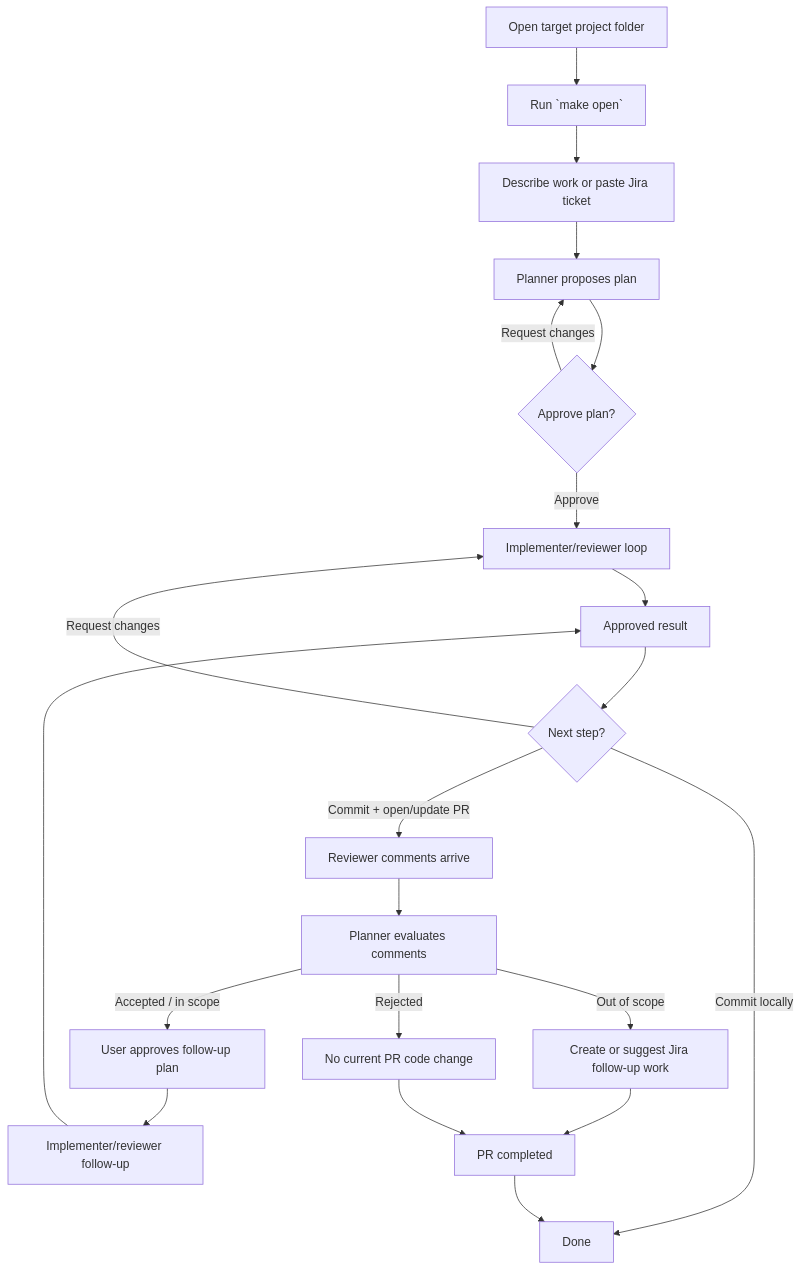
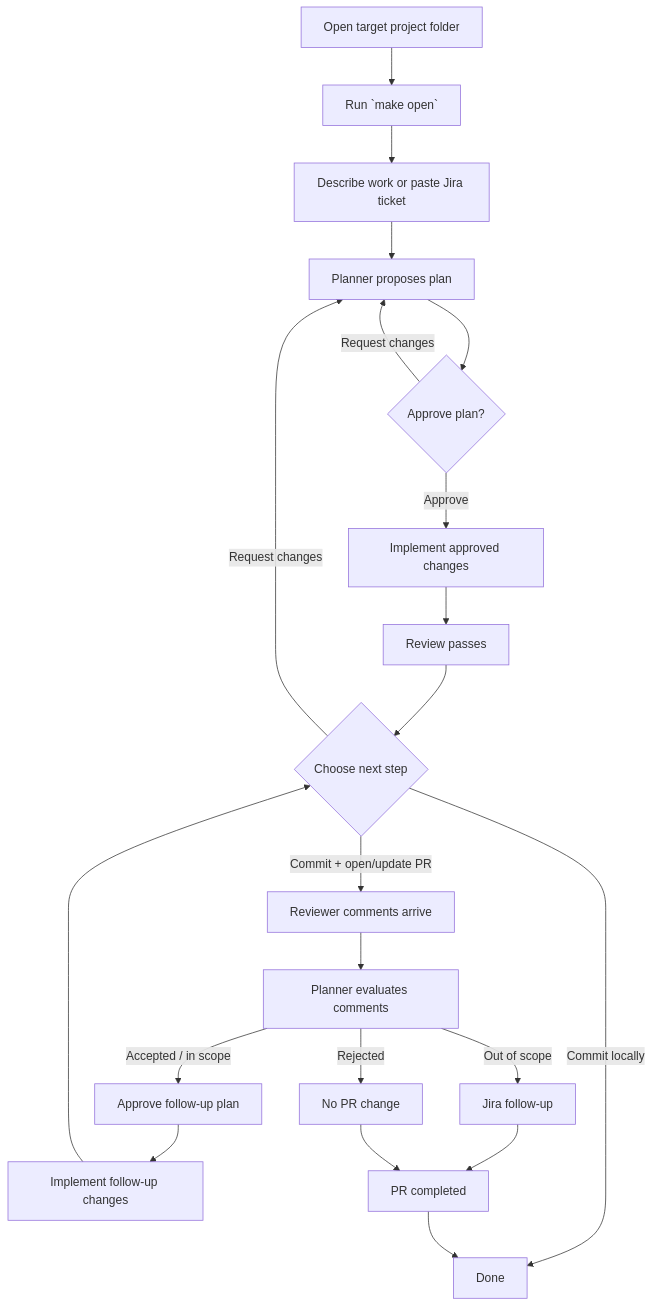
The diagram in README.md (stoscupc/opencode-agent), drawn with Mermaid before and after one commit.

Commit message:
Simplify README workflow diagram labels

````diff
--- a/README.md
+++ b/README.md
@@ -95,23 +95,23 @@
 ```mermaid
 flowchart TD
     A[Open target project folder] --> B[Run `make open`]
     B --> C[Describe work or paste Jira ticket]
     C --> D[Planner proposes plan]
     D --> E{Approve plan?}
     E -->|Request changes| D
-    E -->|Approve| F[Implementer/reviewer loop]
-    F --> G[Approved result]
-    G --> H{Next step?}
+    E -->|Approve| F[Implement approved changes]
+    F --> G[Review passes]
+    G --> H{Choose next step}
     H -->|Commit locally| P[Done]
     H -->|Commit + open/update PR| I[Reviewer comments arrive]
-    H -->|Request changes| F
+    H -->|Request changes| D
     I --> J[Planner evaluates comments]
-    J -->|Accepted / in scope| K[User approves follow-up plan]
-    K --> L[Implementer/reviewer follow-up]
-    L --> G
-    J -->|Out of scope| M[Create or suggest Jira follow-up work]
-    J -->|Rejected| N[No current PR code change]
+    J -->|Accepted / in scope| K[Approve follow-up plan]
+    K --> L[Implement follow-up changes]
+    L --> H
+    J -->|Out of scope| M[Jira follow-up]
+    J -->|Rejected| N[No PR change]
     M --> O[PR completed]
     N --> O
     O --> P
 ```
````
